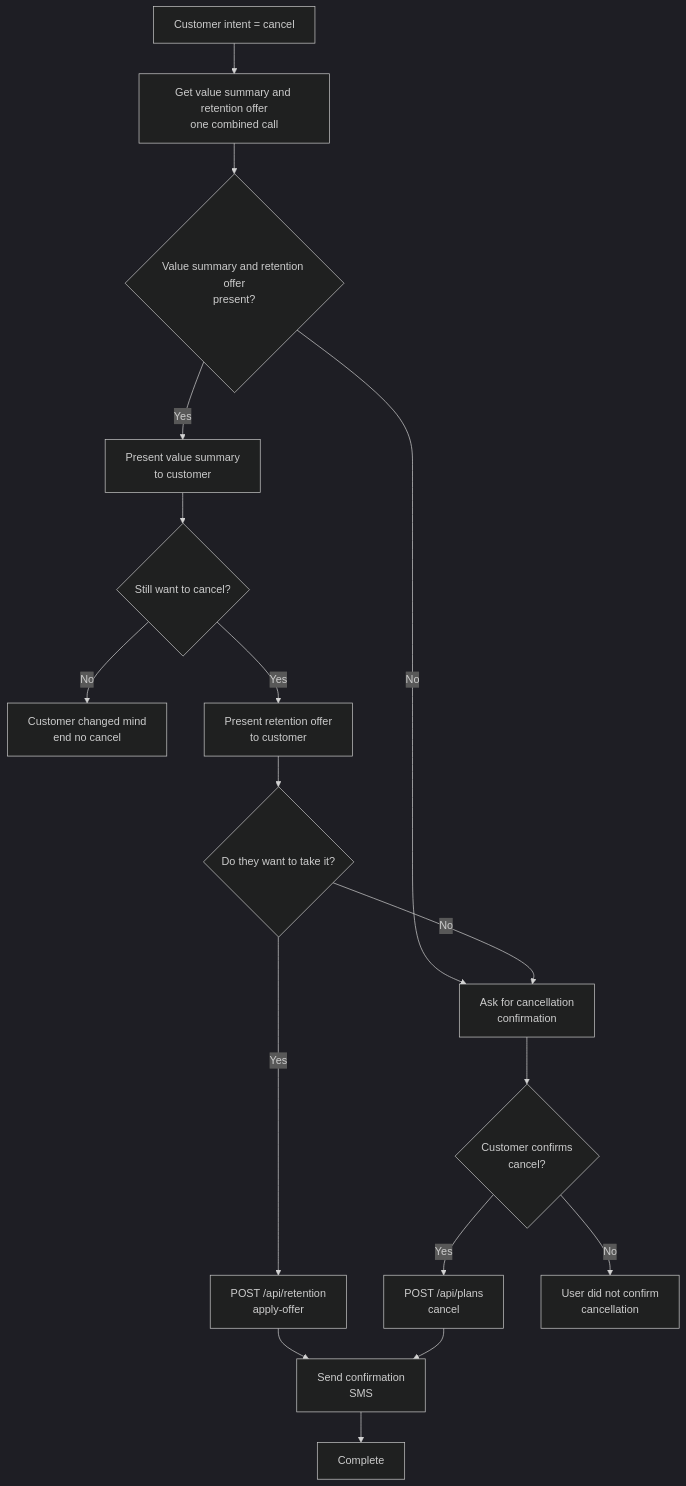
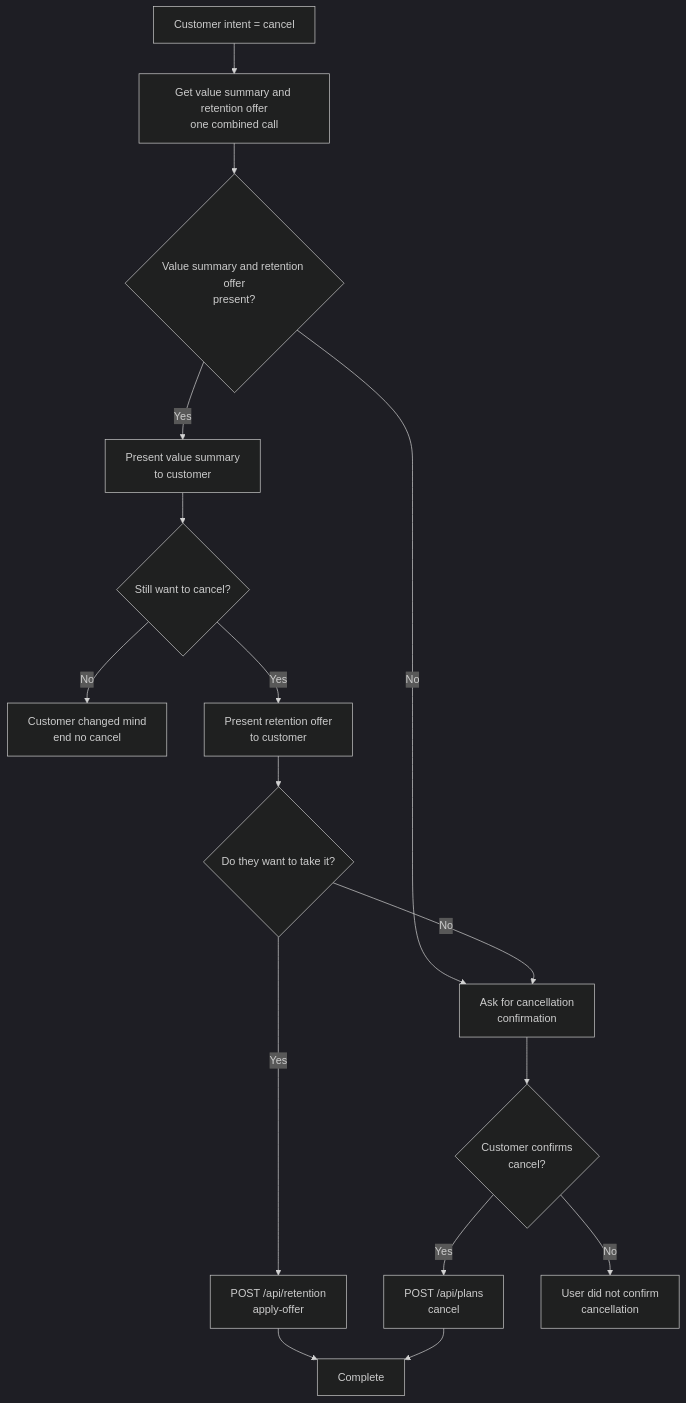
The third of 12 diagrams in Jax-Kar-Wash-API-Integration–Discussion-Document.md (HelloWash/Public), drawn with Mermaid (dark theme) before and after one commit. The commit also changed other lines of this file, not shown here.

Commit message:
Update cancellation and offer confirmation messages

````diff
--- a/Jax-Kar-Wash-API-Integration–Discussion-Document.md
+++ b/Jax-Kar-Wash-API-Integration–Discussion-Document.md
@@ -142,20 +142,19 @@
 ```mermaid
 %%{init: {'flowchart': {'nodeSpacing': 55, 'rankSpacing': 45, 'wrappingWidth': 220}}}%%
 flowchart TD
     IntentCancel["Customer intent = cancel"] --> GetValueOffer["Get value summary and retention offer<br/>one combined call"]
     GetValueOffer --> HaveBundle{"Value summary and retention offer<br/>present?"}
     HaveBundle -->|No| ConfirmCancel["Ask for cancellation<br/>confirmation"]
     HaveBundle -->|Yes| PresentValue["Present value summary<br/>to customer"]
     PresentValue --> StillCancel{"Still want to cancel?"}
     StillCancel -->|No| ChangedMind["Customer changed mind<br/>end no cancel"]
     StillCancel -->|Yes| PresentOffer["Present retention offer<br/>to customer"]
     PresentOffer --> TakeOffer{"Do they want to take it?"}
     TakeOffer -->|Yes| ApplyOffer["POST /api/retention<br/>apply-offer"]
     TakeOffer -->|No| ConfirmCancel
     ConfirmCancel --> CustConfirm{"Customer confirms<br/>cancel?"}
     CustConfirm -->|Yes| Cancel["POST /api/plans<br/>cancel"]
     CustConfirm -->|No| NoConfirm["User did not confirm<br/>cancellation"]
-    ApplyOffer --> SendSMS["Send confirmation<br/>SMS"]
-    Cancel --> SendSMS
-    SendSMS --> Done[Complete]
+    ApplyOffer --> Done[Complete]
+    Cancel --> Done
 ```
````
